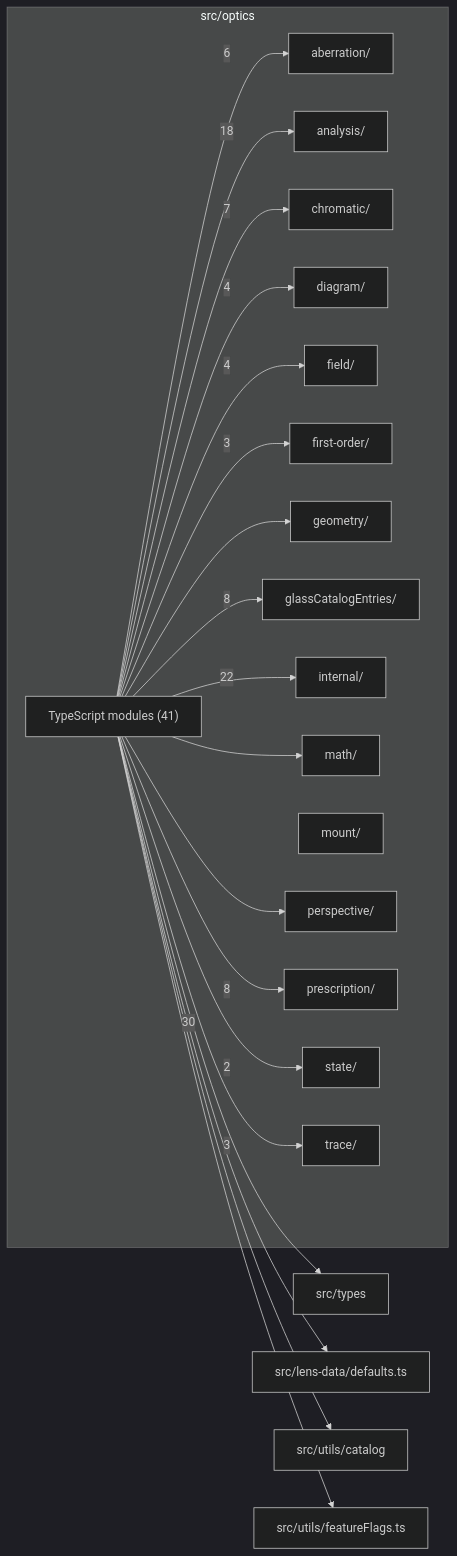
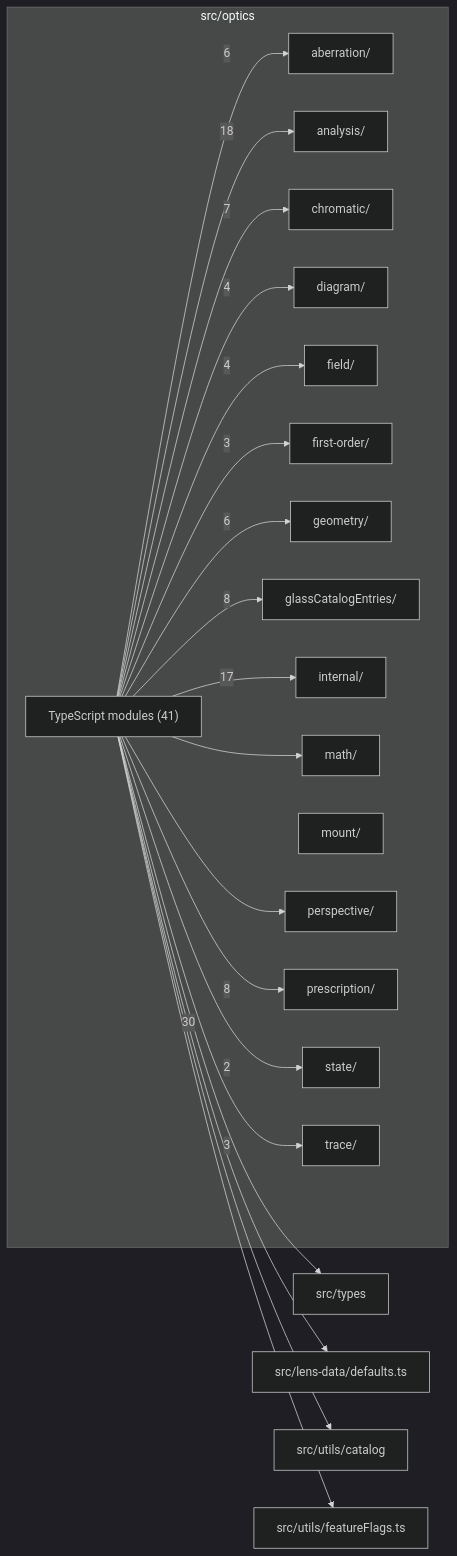
One commit to ronbuening/LensVisualizer changed the diagram in src/optics/readme.md. Above: the diagram before and after it, drawn with Mermaid (dark theme). The commit also changed other lines of this file and 34 other files, not shown here.

First line of the commit message:
S3.P1.T1 Point every caller at the geometry module and delete the two old modules

````diff
--- a/src/optics/readme.md
+++ b/src/optics/readme.md
@@ -9,43 +9,43 @@
 ```mermaid
 flowchart LR
   subgraph n_src_optics["src/optics"]
     n_src_optics_src_optics_aberration["aberration/"]
     n_src_optics_src_optics_analysis["analysis/"]
     n_src_optics_src_optics_chromatic["chromatic/"]
     n_src_optics_src_optics_diagram["diagram/"]
     n_src_optics_src_optics_field["field/"]
     n_src_optics_src_optics_first_order["first-order/"]
     n_src_optics_src_optics_geometry["geometry/"]
     n_src_optics_src_optics_glassCatalogEntries["glassCatalogEntries/"]
     n_src_optics_src_optics_internal["internal/"]
     n_src_optics_src_optics_math["math/"]
     n_src_optics_src_optics_mount["mount/"]
     n_src_optics_src_optics_perspective["perspective/"]
     n_src_optics_src_optics_prescription["prescription/"]
     n_src_optics_src_optics_state["state/"]
     n_src_optics_src_optics_trace["trace/"]
     n_src_optics_TypeScript_modules["TypeScript modules (41)"]
   end
   n_external_src_types["src/types"]
   n_external_src_lens_data_defaults_ts["src/lens-data/defaults.ts"]
   n_external_src_utils_catalog["src/utils/catalog"]
   n_external_src_utils_featureFlags_ts["src/utils/featureFlags.ts"]
   n_src_optics_TypeScript_modules --> |30| n_external_src_types
-  n_src_optics_TypeScript_modules --> |22| n_src_optics_src_optics_internal
   n_src_optics_TypeScript_modules --> |18| n_src_optics_src_optics_analysis
+  n_src_optics_TypeScript_modules --> |17| n_src_optics_src_optics_internal
   n_src_optics_TypeScript_modules --> |8| n_src_optics_src_optics_glassCatalogEntries
   n_src_optics_TypeScript_modules --> |8| n_src_optics_src_optics_prescription
   n_src_optics_TypeScript_modules --> |7| n_src_optics_src_optics_chromatic
   n_src_optics_TypeScript_modules --> |6| n_src_optics_src_optics_aberration
+  n_src_optics_TypeScript_modules --> |6| n_src_optics_src_optics_geometry
   n_src_optics_TypeScript_modules --> |4| n_src_optics_src_optics_diagram
   n_src_optics_TypeScript_modules --> |4| n_src_optics_src_optics_field
   n_src_optics_TypeScript_modules --> |3| n_src_optics_src_optics_first_order
   n_src_optics_TypeScript_modules --> |3| n_src_optics_src_optics_trace
   n_src_optics_TypeScript_modules --> |2| n_src_optics_src_optics_state
   n_src_optics_TypeScript_modules --> n_external_src_lens_data_defaults_ts
   n_src_optics_TypeScript_modules --> n_external_src_utils_catalog
   n_src_optics_TypeScript_modules --> n_external_src_utils_featureFlags_ts
-  n_src_optics_TypeScript_modules --> n_src_optics_src_optics_geometry
   n_src_optics_TypeScript_modules --> n_src_optics_src_optics_math
   n_src_optics_TypeScript_modules --> n_src_optics_src_optics_perspective
 ```
````
